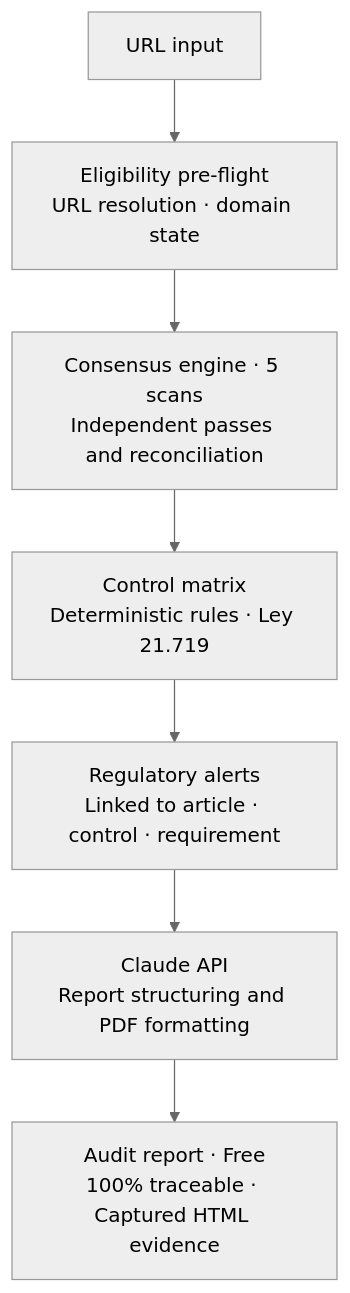
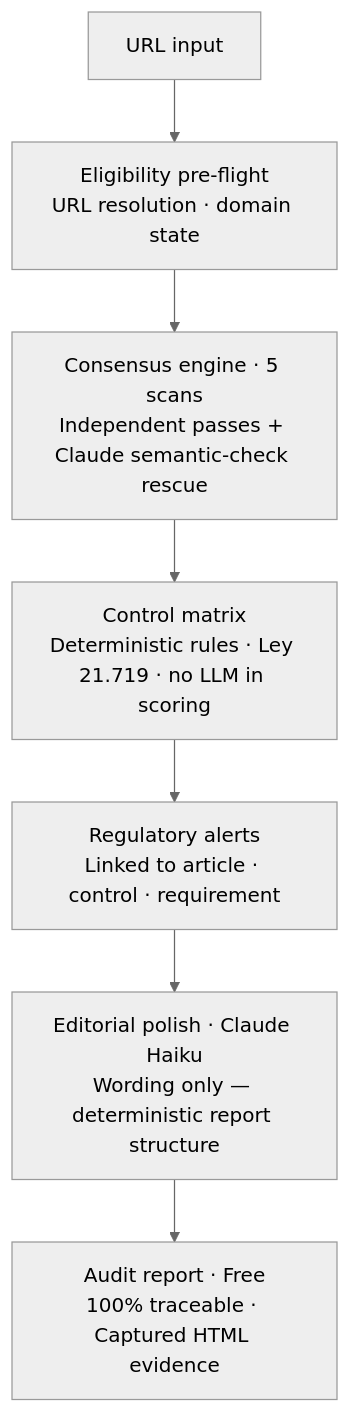
Before and after one commit to ibaifernandez/aglaya.biz: the first of 3 diagrams in src/content/proof/legal-reg-tech.md, drawn with Mermaid (neutral theme). The commit also changed other lines of this file, not shown here.

````diff
--- a/src/content/proof/legal-reg-tech.md
+++ b/src/content/proof/legal-reg-tech.md
@@ -75,9 +75,9 @@
   ```mermaid
   flowchart TD
     A["URL input"] --> B["Eligibility pre-flight\nURL resolution · domain state"]
-    B --> C["Consensus engine · 5 scans\nIndependent passes and reconciliation"]
-    C --> D["Control matrix\nDeterministic rules · Ley 21.719"]
+    B --> C["Consensus engine · 5 scans\nIndependent passes + Claude semantic-check rescue"]
+    C --> D["Control matrix\nDeterministic rules · Ley 21.719 · no LLM in scoring"]
     D --> E["Regulatory alerts\nLinked to article · control · requirement"]
-    E --> F["Claude API\nReport structuring and PDF formatting"]
+    E --> F["Editorial polish · Claude Haiku\nWording only — deterministic report structure"]
     F --> G["Audit report · Free\n100% traceable · Captured HTML evidence"]
   ```
````
